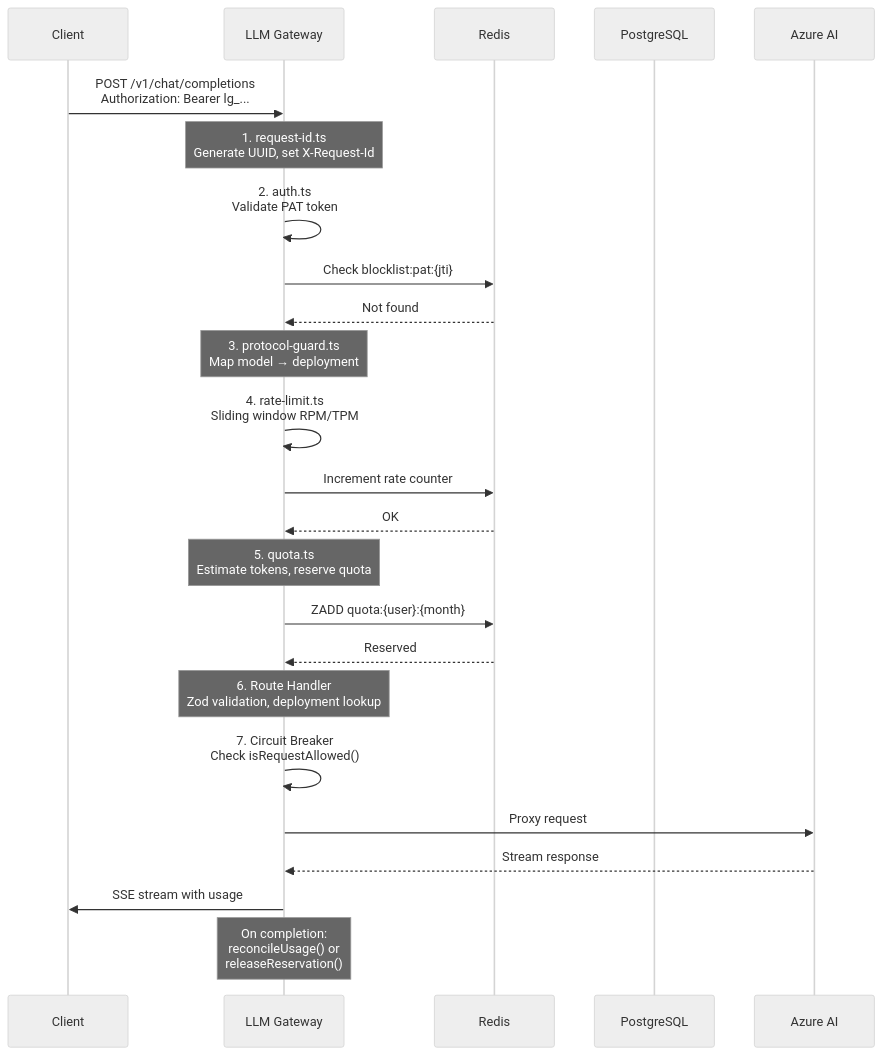
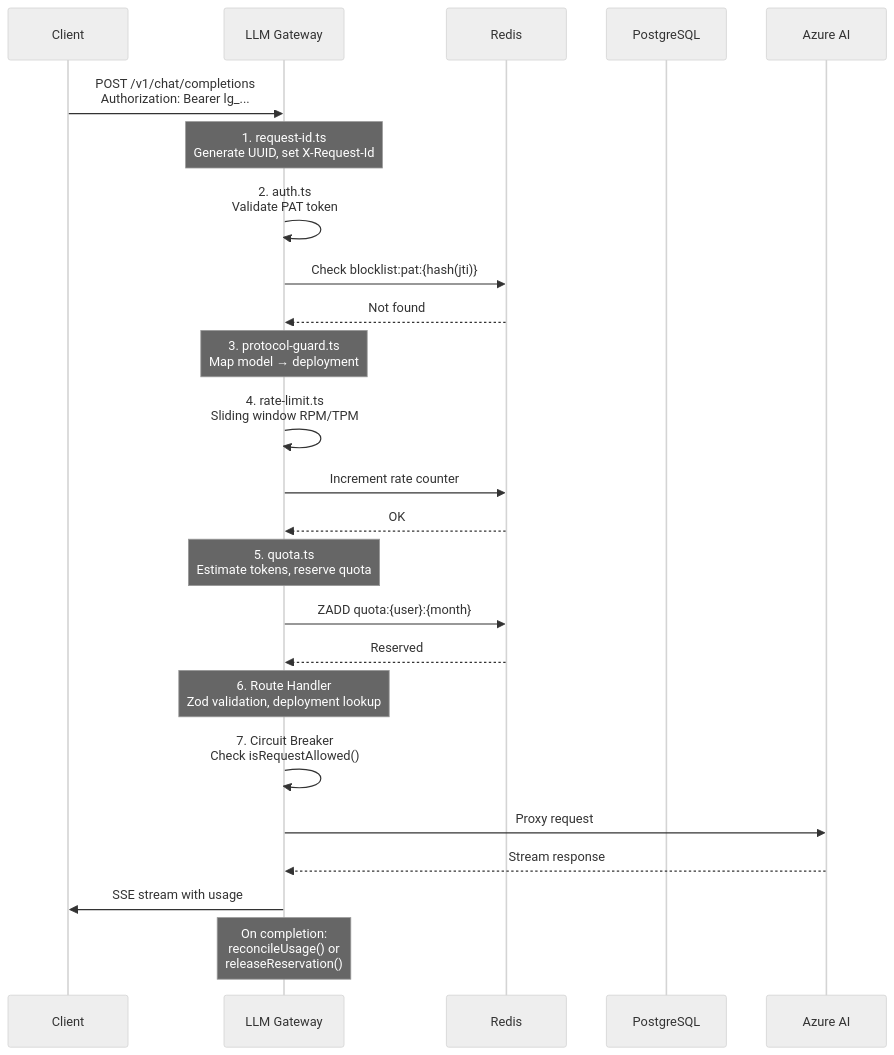
The second of 9 diagrams in docs/architecture.md (felixti/llm-gateway), drawn with Mermaid (neutral theme) before and after one commit. The commit also changed 33 other files, not shown here.

````diff
--- a/docs/architecture.md
+++ b/docs/architecture.md
@@ -74,39 +74,39 @@
 ```mermaid
 sequenceDiagram
     participant Client
     participant Gateway as LLM Gateway
     participant Redis
     participant PostgreSQL
     participant Azure as Azure AI
 
     Client->>Gateway: POST /v1/chat/completions<br/>Authorization: Bearer lg_...
 
     Note over Gateway: 1. request-id.ts<br/>Generate UUID, set X-Request-Id
 
     Gateway->>Gateway: 2. auth.ts<br/>Validate PAT token
-    Gateway->>Redis: Check blocklist:pat:{jti}
+    Gateway->>Redis: Check blocklist:pat:{hash(jti)}
     Redis-->>Gateway: Not found
 
     Note over Gateway: 3. protocol-guard.ts<br/>Map model → deployment
 
     Gateway->>Gateway: 4. rate-limit.ts<br/>Sliding window RPM/TPM
 
     Gateway->>Redis: Increment rate counter
     Redis-->>Gateway: OK
 
     Note over Gateway: 5. quota.ts<br/>Estimate tokens, reserve quota
 
     Gateway->>Redis: ZADD quota:{user}:{month}
     Redis-->>Gateway: Reserved
 
     Note over Gateway: 6. Route Handler<br/>Zod validation, deployment lookup
 
     Gateway->>Gateway: 7. Circuit Breaker<br/>Check isRequestAllowed()
 
     Gateway->>Azure: Proxy request
     Azure-->>Gateway: Stream response
 
     Gateway->>Client: SSE stream with usage
 
     Note over Gateway: On completion:<br/>reconcileUsage() or<br/>releaseReservation()
 ```
````
